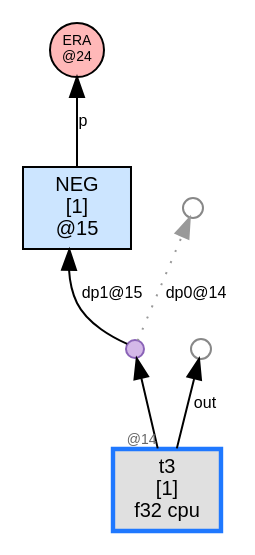
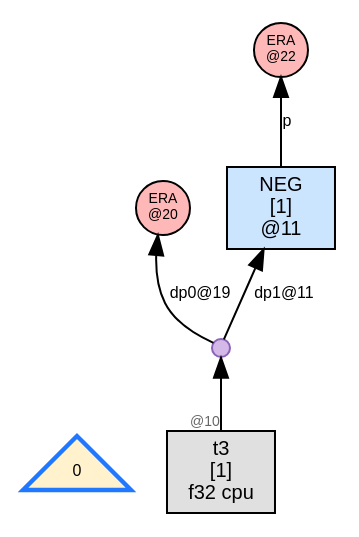
The diagram in wl/examples/thvm_graphs/grad_rules/sub/thvm_1_post_reduce.dot (sw1sh/TinyHVM), drawn with Graphviz before and after one commit. The commit also changed 261 other files, not shown here.

```diff
--- a/wl/examples/thvm_graphs/grad_rules/sub/thvm_1_post_reduce.dot
+++ b/wl/examples/thvm_graphs/grad_rules/sub/thvm_1_post_reduce.dot
@@ -1,17 +1,16 @@
 digraph G {
   rankdir=BT;
   node [fontname="Helvetica", fontsize=10, style=filled, shape=box, margin="0.1,0.05"];
   edge [fontsize=8, fontname="Helvetica"];
 
-  t3 [label="t3\n[1]\nf32 cpu",shape=box,fillcolor="#e0e0e0",color="#1f78ff",penwidth=2.2];
-  n15 [label="NEG\n[1]\n@15", shape=box, fillcolor="#cce5ff"];
-  dup14 [label="", shape=circle, width=0.12, height=0.12, fixedsize=true, fillcolor="#d4b8e8", color="#8a63b7", fontsize=1];
-  freedup14_0 [label="",shape=circle,width=0.14,height=0.14,fixedsize=true,fillcolor="#ffffff",color="#888888",fontsize=1];
-  dup14 -> freedup14_0 [label="dp0@14",style=dotted,color="#999999"];
-  t3 -> dup14[label="",taillabel="@14",labelfontsize=7,fontcolor="#666666"];
-  dup14 -> n15 [label="dp1@15"];
-  era24 [label="ERA\n@24",shape=circle,width=0.38,height=0.38,fixedsize=true,fillcolor="#ffb8b8",fontsize=7];
-  n15 -> era24 [label="p"];
-  rootout_t3 [label="",shape=circle,width=0.14,height=0.14,fixedsize=true,fillcolor="#ffffff",color="#888888",fontsize=1];
-  t3 -> rootout_t3 [label="out"];
+  num_root [label="0",shape=triangle,fillcolor="#fff2cc",fontsize=8,color="#1f78ff",penwidth=2.2];
+  era20 [label="ERA\n@20",shape=circle,width=0.38,height=0.38,fixedsize=true,fillcolor="#ffb8b8",fontsize=7];
+  dup10 [label="", shape=circle, width=0.12, height=0.12, fixedsize=true, fillcolor="#d4b8e8", color="#8a63b7", fontsize=1];
+  t3 [label="t3\n[1]\nf32 cpu",shape=box,fillcolor="#e0e0e0"];
+  t3 -> dup10[label="",taillabel="@10",labelfontsize=7,fontcolor="#666666"];
+  dup10 -> era20 [label="dp0@19"];
+  n11 [label="NEG\n[1]\n@11", shape=box, fillcolor="#cce5ff"];
+  dup10 -> n11 [label="dp1@11"];
+  era22 [label="ERA\n@22",shape=circle,width=0.38,height=0.38,fixedsize=true,fillcolor="#ffb8b8",fontsize=7];
+  n11 -> era22 [label="p"];
 }
```
